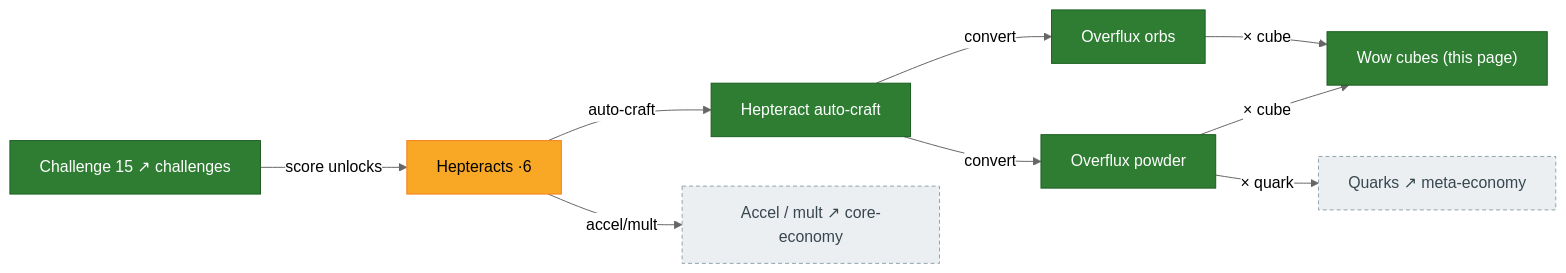
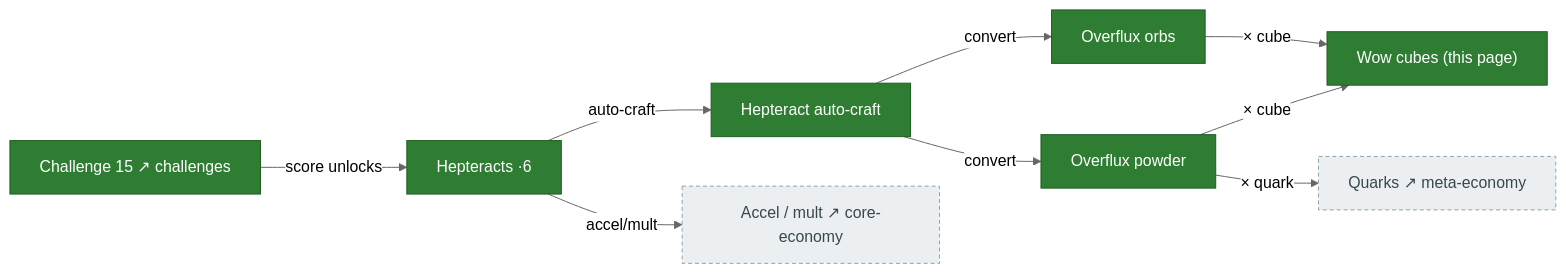
The second of 2 diagrams in docs/systems/ascension-cubes.md (MaddisonM79/synergism_forkd), drawn with Mermaid (neutral theme) before and after one commit. The commit also changed other lines of this file and 3 other files, not shown here.

````diff
--- a/docs/systems/ascension-cubes.md
+++ b/docs/systems/ascension-cubes.md
@@ -69,25 +69,25 @@
 ```mermaid
 flowchart LR
   classDef ported fill:#2e7d32,color:#fff,stroke:#1b5e20;
   classDef partial fill:#f9a825,color:#000,stroke:#f57f17;
   classDef bug fill:#f9a825,color:#000,stroke:#d50000,stroke-width:3px;
   classDef ext fill:#eceff1,color:#37474f,stroke:#90a4ae,stroke-dasharray:4 3;
 
   ch15["Challenge 15 ↗ challenges"]:::ported
-  hepteracts["Hepteracts ·6"]:::partial
+  hepteracts["Hepteracts ·6"]:::ported
   hepAutoCraft["Hepteract auto-craft"]:::ported
   overfluxPowder["Overflux powder"]:::ported
   overfluxOrbs["Overflux orbs"]:::ported
   wowCubes["Wow cubes (this page)"]:::ported
   quarks["Quarks ↗ meta-economy"]:::ext
   accel["Accel / mult ↗ core-economy"]:::ext
 
   ch15 -->|"score unlocks"| hepteracts
   hepteracts -->|"auto-craft"| hepAutoCraft
   hepAutoCraft -->|"convert"| overfluxPowder
   hepAutoCraft -->|"convert"| overfluxOrbs
   overfluxPowder -->|"× cube"| wowCubes
   overfluxPowder -->|"× quark"| quarks
   overfluxOrbs -->|"× cube"| wowCubes
   hepteracts -->|"accel/mult"| accel
 ```
````
